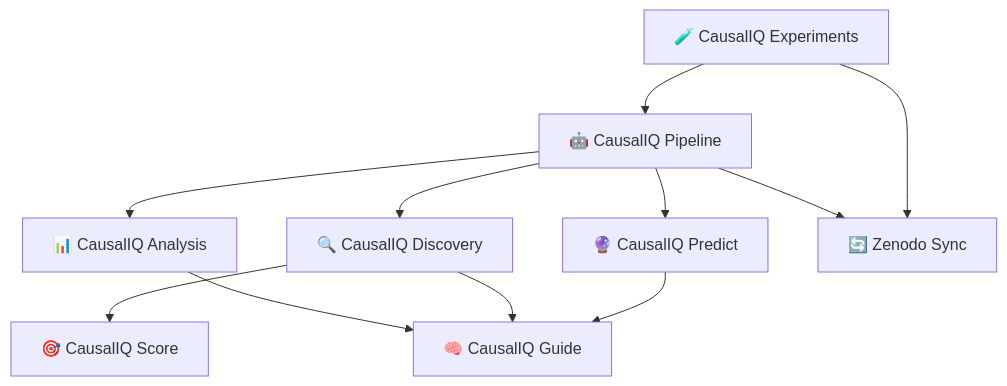
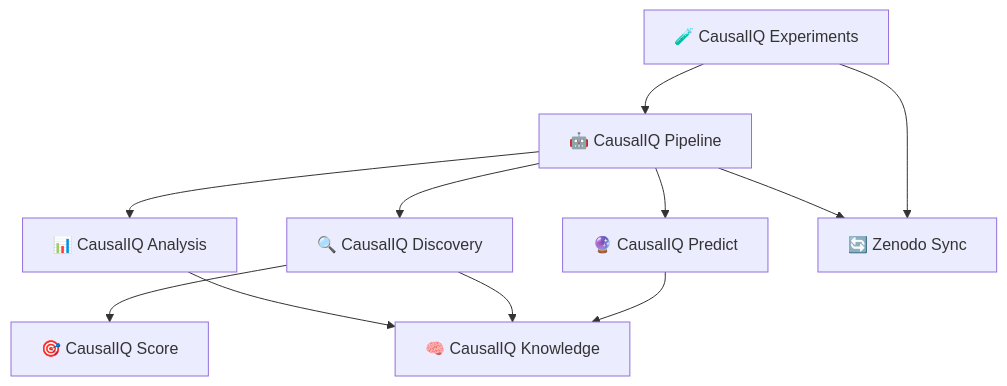
One commit to causaliq/causaliq changed the diagram in docs/projects/index.md. Above: the diagram before and after it, drawn with Mermaid. The commit also changed other lines of this file and 7 other files, not shown here.

Commit message:
docs: rename causaliq-guide to causaliq-knowledge

````diff
--- a/docs/projects/index.md
+++ b/docs/projects/index.md
@@ -36,24 +36,24 @@
 ```mermaid
 graph TD
     DIS[🔍 CausalIQ Discovery]
-    GUI[🧠 CausalIQ Guide]
+    KNO[🧠 CausalIQ Knowledge]
     PIP[🤖 CausalIQ Pipeline]
     ANA[📊 CausalIQ Analysis] 
     EXP[🧪 CausalIQ Experiments]
     SCO[🎯 CausalIQ Score]
     PRE[🔮 CausalIQ Predict]
     ZEN[🔄 Zenodo Sync]
 
     EXP --> ZEN
     EXP --> PIP
     PIP --> DIS
     PIP --> ANA
     PIP --> ZEN
     PIP --> PRE
-    PRE --> GUI
-    DIS --> GUI
-    ANA --> GUI
+    PRE --> KNO
+    DIS --> KNO
+    ANA --> KNO
     DIS --> SCO
     
 
 ```
````
